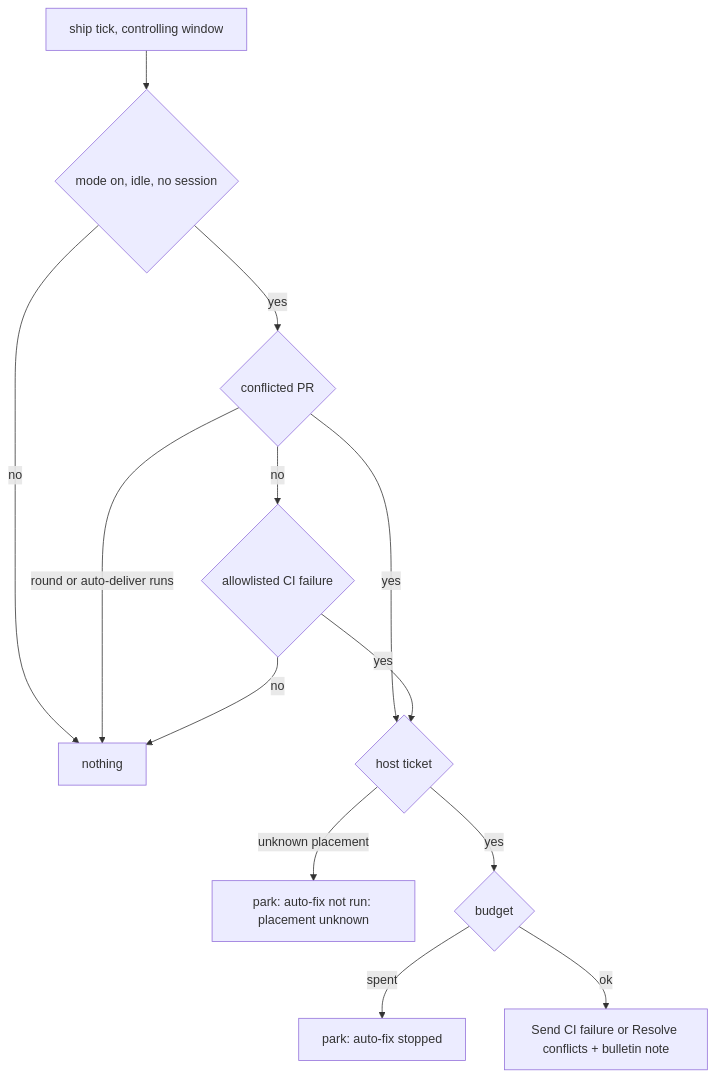
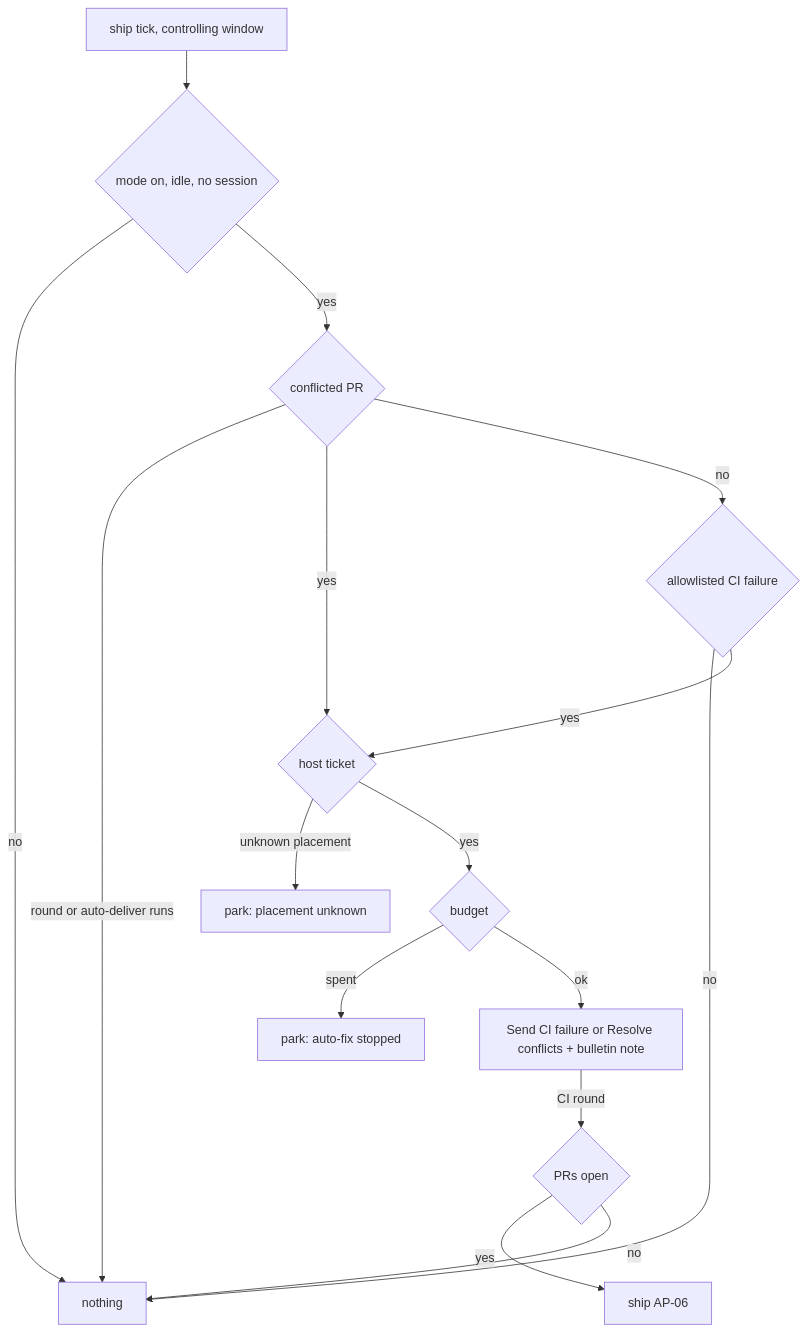
One commit to AndrewHaluza/karst changed the diagram in docs/arch/autopilot.md. Above: the diagram before and after it, drawn with Mermaid. The commit also changed other lines of this file and 16 other files, not shown here.

First line of the commit message:
feat: after an autopilot CI round, a ticket whose PRs are all open re-ships without the Confirm ship click

````diff
--- a/docs/arch/autopilot.md
+++ b/docs/arch/autopilot.md
@@ -24,15 +24,18 @@
 ```mermaid
 flowchart TD
   T[ship tick, controlling window] --> G{mode on, idle, no session}
   G -->|no| X[nothing]
   G -->|yes| C{conflicted PR}
   C -->|round or auto-deliver runs| X
   C -->|yes| H
   C -->|no| P{allowlisted CI failure}
   P -->|no| X
   P -->|yes| H{host ticket}
-  H -->|unknown placement| Q[park: auto-fix not run: placement unknown]
+  H -->|unknown placement| Q[park: placement unknown]
   H -->|yes| B{budget}
   B -->|spent| W[park: auto-fix stopped]
   B -->|ok| N[Send CI failure or Resolve conflicts + bulletin note]
+  N -->|CI round| E{PRs open}
+  E -->|yes| S[ship AP-06]
+  E -->|no| X
 ```
````
